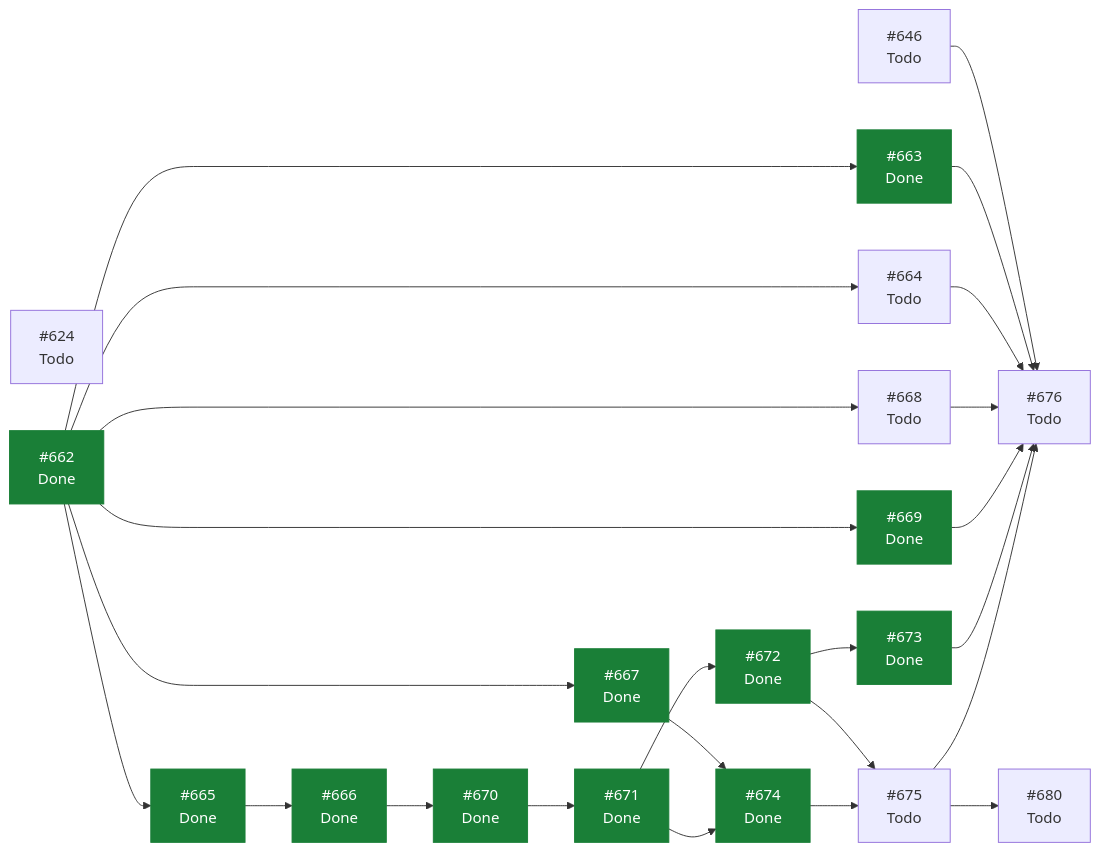
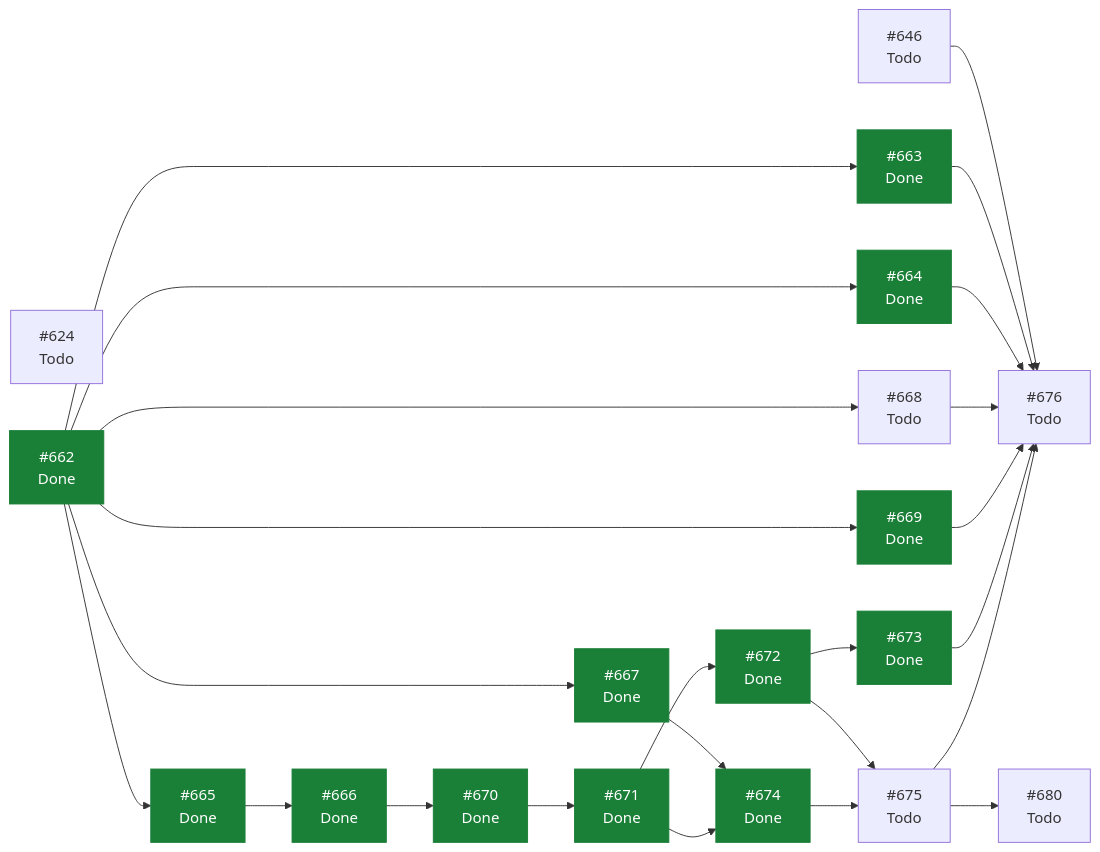
One commit to ecamp0s/evault changed the diagram in docs/planning/STATUS.md. Above: the diagram before and after it, drawn with Mermaid. The commit also changed other lines of this file, not shown here.

````diff
--- a/docs/planning/STATUS.md
+++ b/docs/planning/STATUS.md
@@ -117,46 +116,46 @@
 ```mermaid
 graph LR
   I624["#624<br/>Todo"]
   I646["#646<br/>Todo"]
   I662["#662<br/>Done"]
   I663["#663<br/>Done"]
-  I664["#664<br/>Todo"]
+  I664["#664<br/>Done"]
   I665["#665<br/>Done"]
   I666["#666<br/>Done"]
   I667["#667<br/>Done"]
   I668["#668<br/>Todo"]
   I669["#669<br/>Done"]
   I670["#670<br/>Done"]
   I671["#671<br/>Done"]
   I672["#672<br/>Done"]
   I673["#673<br/>Done"]
   I674["#674<br/>Done"]
   I675["#675<br/>Todo"]
   I676["#676<br/>Todo"]
   I680["#680<br/>Todo"]
   I646 --> I676
   I662 --> I663
   I662 --> I664
   I662 --> I665
   I662 --> I667
   I662 --> I668
   I662 --> I669
   I663 --> I676
   I664 --> I676
   I665 --> I666
   I666 --> I670
   I667 --> I674
   I668 --> I676
   I669 --> I676
   I670 --> I671
   I671 --> I672
   I671 --> I674
   I672 --> I673
   I672 --> I675
   I673 --> I676
   I674 --> I675
   I675 --> I676
   I675 --> I680
   classDef hecho fill:#1a7f37,stroke:#1a7f37,color:#fff;
-  class I662,I663,I665,I666,I667,I669,I670,I671,I672,I673,I674 hecho;
+  class I662,I663,I664,I665,I666,I667,I669,I670,I671,I672,I673,I674 hecho;
 ```
````
